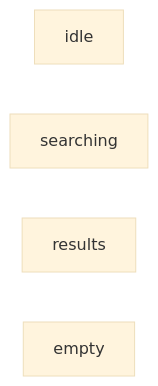
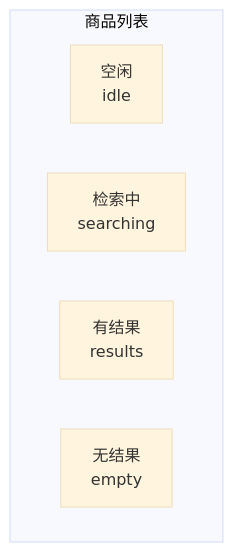
Before and after one commit to OwenBell0930/specnotary: the diagram in examples/case-list-search/human/spec.md, drawn with Mermaid (base theme). The commit also changed other lines of this file and 47 other files, not shown here.

````diff
--- a/examples/case-list-search/human/spec.md
+++ b/examples/case-list-search/human/spec.md
@@ -70,7 +84,9 @@
 ```mermaid
-flowchart LR
-  S0["idle"]
-  S1["searching"]
-  S2["results"]
-  S3["empty"]
+flowchart TB
+  subgraph G0["商品列表"]
+    S0["空闲<br/>idle"]
+    S1["检索中<br/>searching"]
+    S2["有结果<br/>results"]
+    S3["无结果<br/>empty"]
+  end
 ```
````
